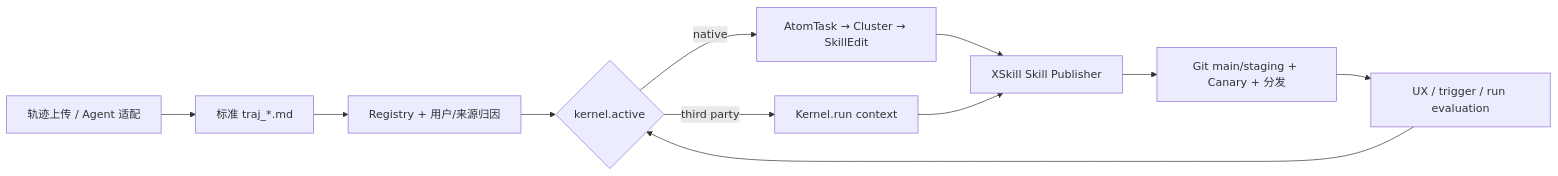
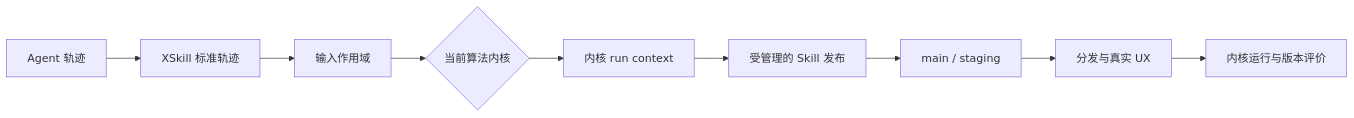
Before and after one commit to SkillNerds/xskill: the diagram in docs/algorithm-kernels.md, drawn with Mermaid. The commit also changed other lines of this file and 31 other files, not shown here.

````diff
--- a/docs/algorithm-kernels.md
+++ b/docs/algorithm-kernels.md
@@ -13,13 +12,11 @@
 ```mermaid
 flowchart LR
-    A[轨迹上传 / Agent 适配] --> B[标准 traj_*.md]
-    B --> C[Registry + 用户/来源归因]
-    C --> D{kernel.active}
-    D -->|native| E[AtomTask → Cluster → SkillEdit]
-    D -->|third party| F[Kernel.run context]
-    E --> G[XSkill Skill Publisher]
-    F --> G
-    G --> H[Git main/staging + Canary + 分发]
-    H --> I[UX / trigger / run evaluation]
-    I --> D
+    A[Agent 轨迹] --> B[XSkill 标准轨迹]
+    B --> C[输入作用域]
+    C --> D{当前算法内核}
+    D --> E[内核 run context]
+    E --> F[受管理的 Skill 发布]
+    F --> G[main / staging]
+    G --> H[分发与真实 UX]
+    H --> I[内核运行与版本评价]
 ```
````
